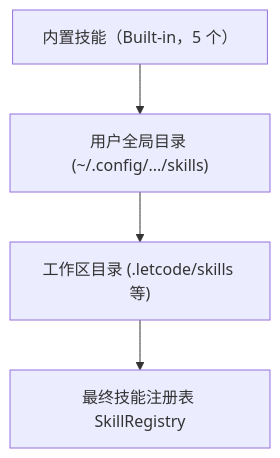
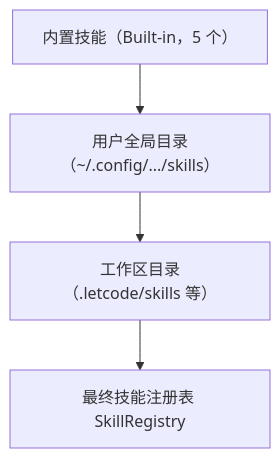
One commit to letr007/letcode changed the diagram in docs/components/skills.md. Above: the diagram before and after it, drawn with Mermaid. The commit also changed other lines of this file and 17 other files, not shown here.

````diff
--- a/docs/components/skills.md
+++ b/docs/components/skills.md
@@ -39,7 +39,7 @@
 ```mermaid
 flowchart TD
     Builtin["内置技能（Built-in，5 个）"]
-      --> User["用户全局目录 (~/.config/.../skills)"]
-    User --> Workspace["工作区目录 (.letcode/skills 等)"]
+      --> User["用户全局目录（~/.config/.../skills）"]
+    User --> Workspace["工作区目录（.letcode/skills 等）"]
     Workspace --> Registry["最终技能注册表 SkillRegistry"]
 ```
````
